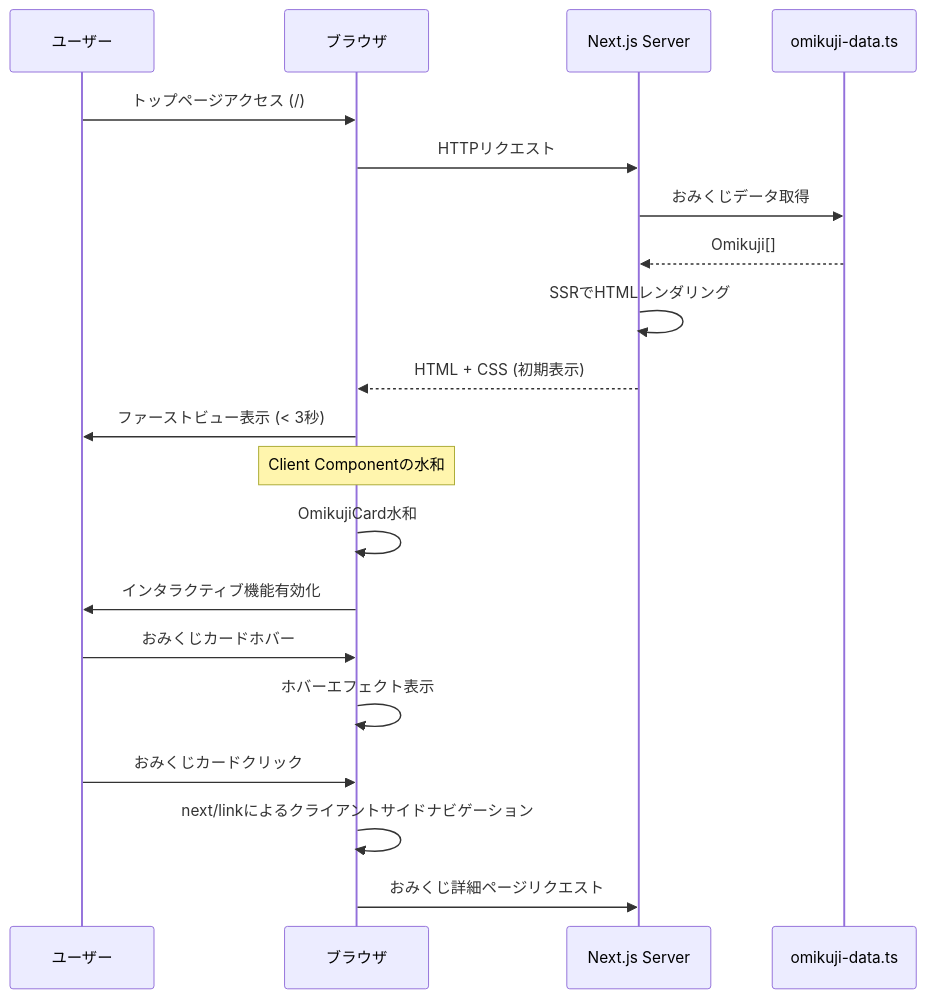
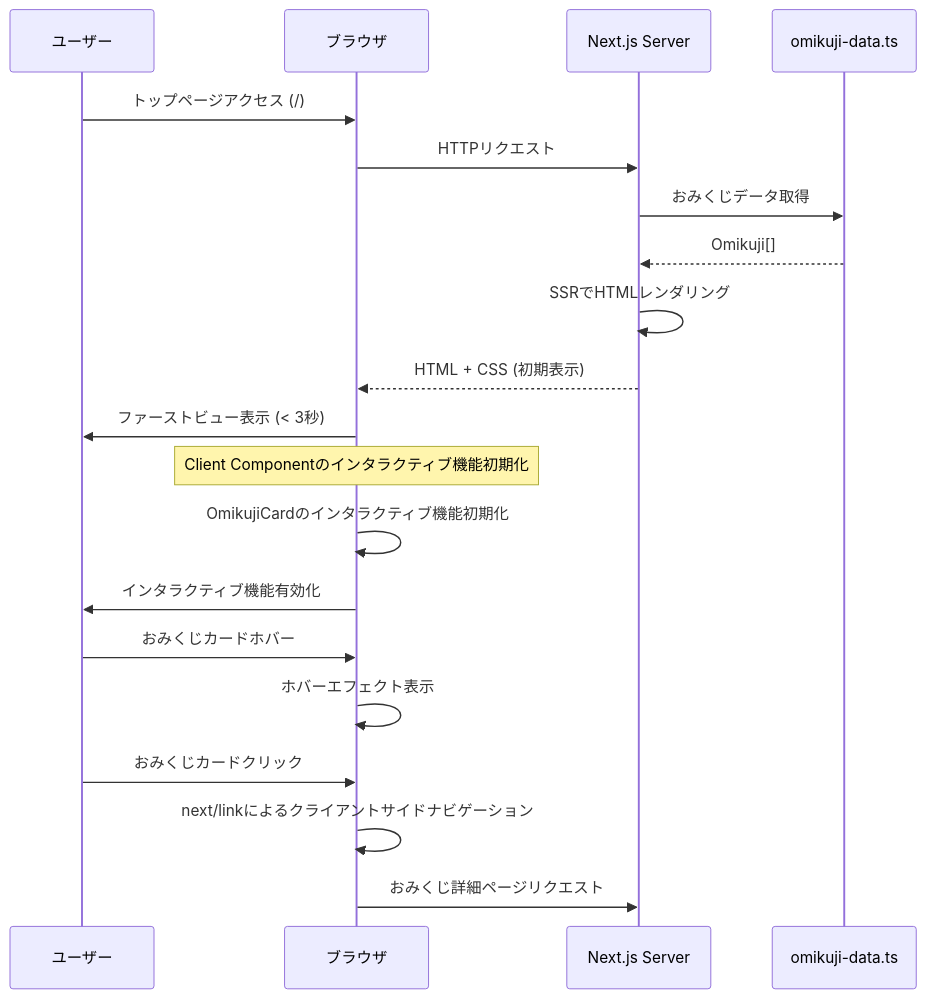
Before and after one commit to ChiePro/engineer-omikuji: the second of 4 diagrams in .kiro/specs/top-page/design.md, drawn with Mermaid. The commit also changed other lines of this file and 2 other files, not shown here.

Commit message:
fix 水和

````diff
--- a/.kiro/specs/top-page/design.md
+++ b/.kiro/specs/top-page/design.md
@@ -102,26 +102,26 @@
 ```mermaid
 sequenceDiagram
     participant User as ユーザー
     participant Browser as ブラウザ
     participant Server as Next.js Server
     participant Data as omikuji-data.ts
 
     User->>Browser: トップページアクセス (/)
     Browser->>Server: HTTPリクエスト
     Server->>Data: おみくじデータ取得
     Data-->>Server: Omikuji[]
     Server->>Server: SSRでHTMLレンダリング
     Server-->>Browser: HTML + CSS (初期表示)
     Browser->>User: ファーストビュー表示 (< 3秒)
 
-    Note over Browser: Client Componentの水和
-    Browser->>Browser: OmikujiCard水和
+    Note over Browser: Client Componentのインタラクティブ機能初期化
+    Browser->>Browser: OmikujiCardのインタラクティブ機能初期化
     Browser->>User: インタラクティブ機能有効化
 
     User->>Browser: おみくじカードホバー
     Browser->>Browser: ホバーエフェクト表示
 
     User->>Browser: おみくじカードクリック
     Browser->>Browser: next/linkによるクライアントサイドナビゲーション
     Browser->>Server: おみくじ詳細ページリクエスト
 ```
````
